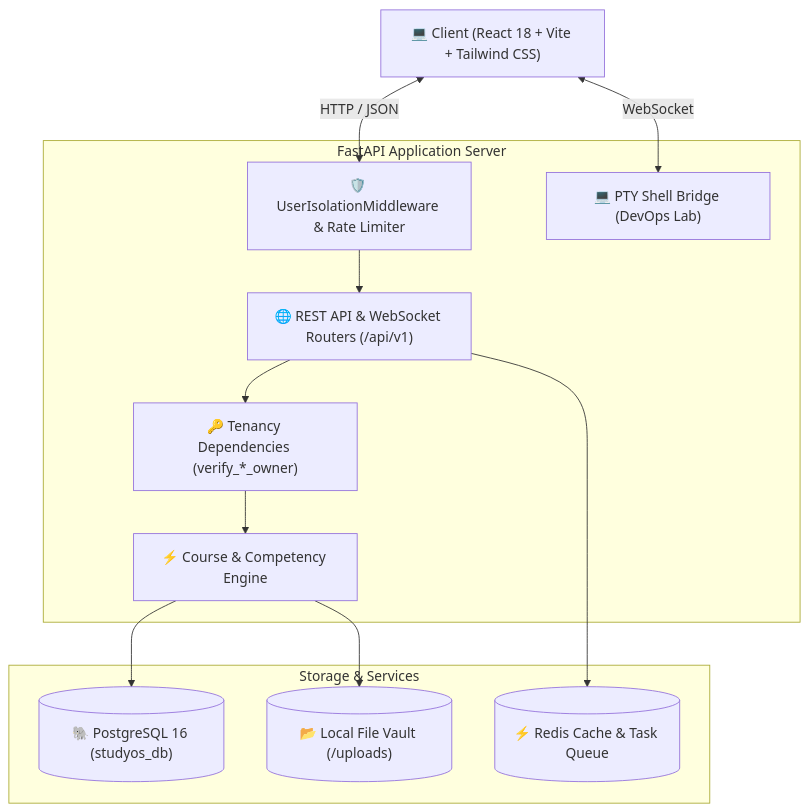
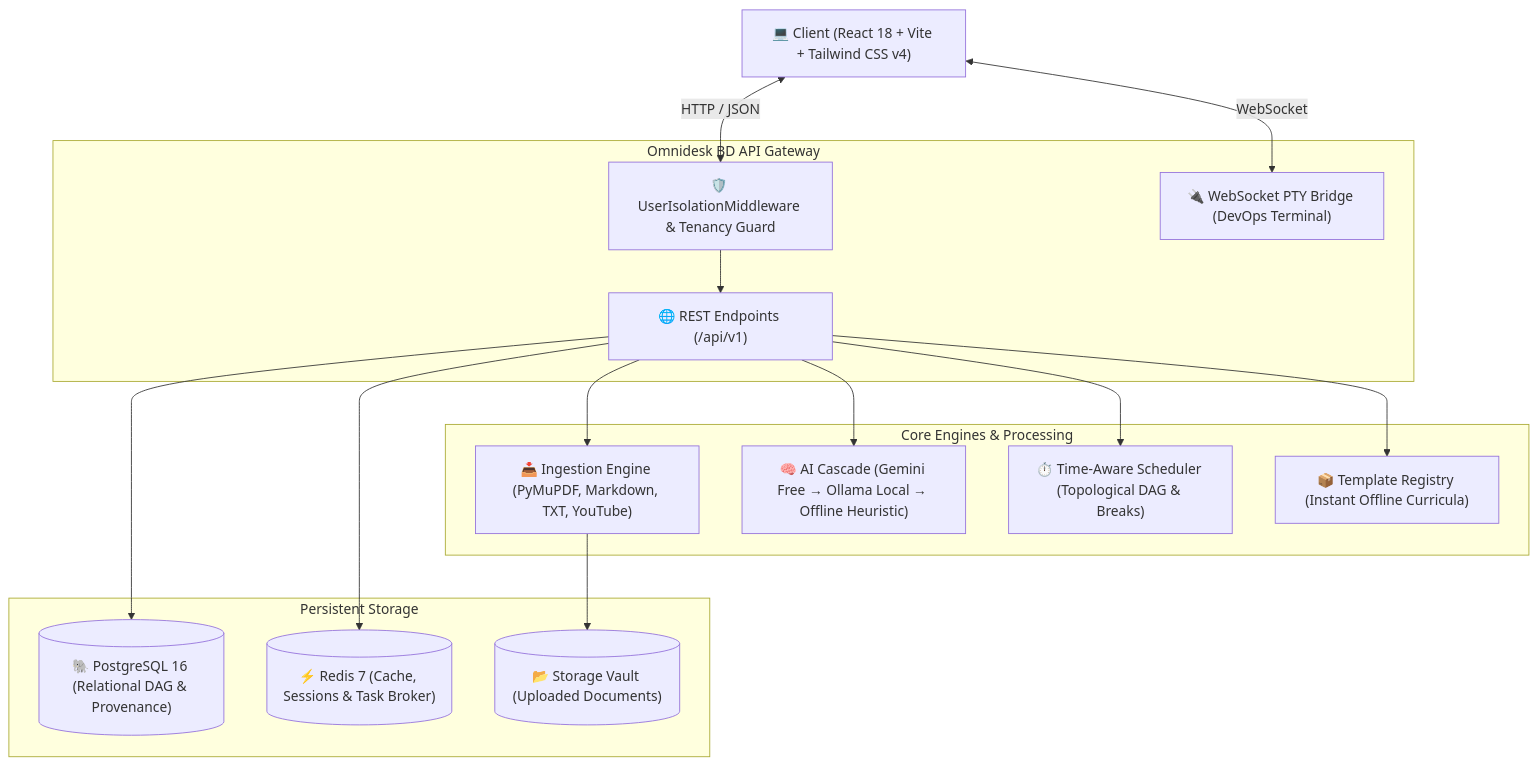
The diagram in README.md (thesabbirbd/Omnidesk-BD), drawn with Mermaid before and after one commit. The commit also changed other lines of this file and 2 other files, not shown here.

Commit message:
docs: modernize README with glassmorphic design, 3D badges, dashboard preview, and Omnidesk BD branding

````diff
--- a/README.md
+++ b/README.md
@@ -78,27 +162,34 @@
 ```mermaid
 graph TD
-    Client["💻 Client (React 18 + Vite + Tailwind CSS)"]
+    Client["💻 Client (React 18 + Vite + Tailwind CSS v4)"]
     
-    subgraph "FastAPI Application Server"
-        Middleware["🛡️ UserIsolationMiddleware & Rate Limiter"]
-        Routers["🌐 REST API & WebSocket Routers (/api/v1)"]
-        Deps["🔑 Tenancy Dependencies (verify_*_owner)"]
-        Engine["⚡ Course & Competency Engine"]
-        PTY["💻 PTY Shell Bridge (DevOps Lab)"]
+    subgraph "Omnidesk BD API Gateway"
+        AuthMiddleware["🛡️ UserIsolationMiddleware & Tenancy Guard"]
+        APIRouters["🌐 REST Endpoints (/api/v1)"]
+        WSLab["🔌 WebSocket PTY Bridge (DevOps Terminal)"]
     end
 
-    subgraph "Storage & Services"
-        Postgres[("🐘 PostgreSQL 16 (studyos_db)")]
-        Redis[("⚡ Redis Cache & Task Queue")]
-        DiskStorage[("📂 Local File Vault (/uploads)")]
+    subgraph "Core Engines & Processing"
+        Ingestion["📥 Ingestion Engine (PyMuPDF, Markdown, TXT, YouTube)"]
+        AIService["🧠 AI Cascade (Gemini Free → Ollama Local → Offline Heuristic)"]
+        Scheduler["⏱️ Time-Aware Scheduler (Topological DAG & Breaks)"]
+        Templates["📦 Template Registry (Instant Offline Curricula)"]
     end
 
-    Client <-->|HTTP / JSON| Middleware
-    Client <-->|WebSocket| PTY
-    Middleware --> Routers
-    Routers --> Deps
-    Deps --> Engine
-    Engine --> Postgres
-    Engine --> DiskStorage
-    Routers --> Redis
+    subgraph "Persistent Storage"
+        Postgres[("🐘 PostgreSQL 16 (Relational DAG & Provenance)")]
+        Redis[("⚡ Redis 7 (Cache, Sessions & Task Broker)")]
+        FileVault[("📂 Storage Vault (Uploaded Documents)")]
+    end
+
+    Client <-->|HTTP / JSON| AuthMiddleware
+    Client <-->|WebSocket| WSLab
+    AuthMiddleware --> APIRouters
+    APIRouters --> Ingestion
+    APIRouters --> AIService
+    APIRouters --> Scheduler
+    APIRouters --> Templates
+    APIRouters --> Postgres
+    APIRouters --> Redis
+    Ingestion --> FileVault
 ```
````
